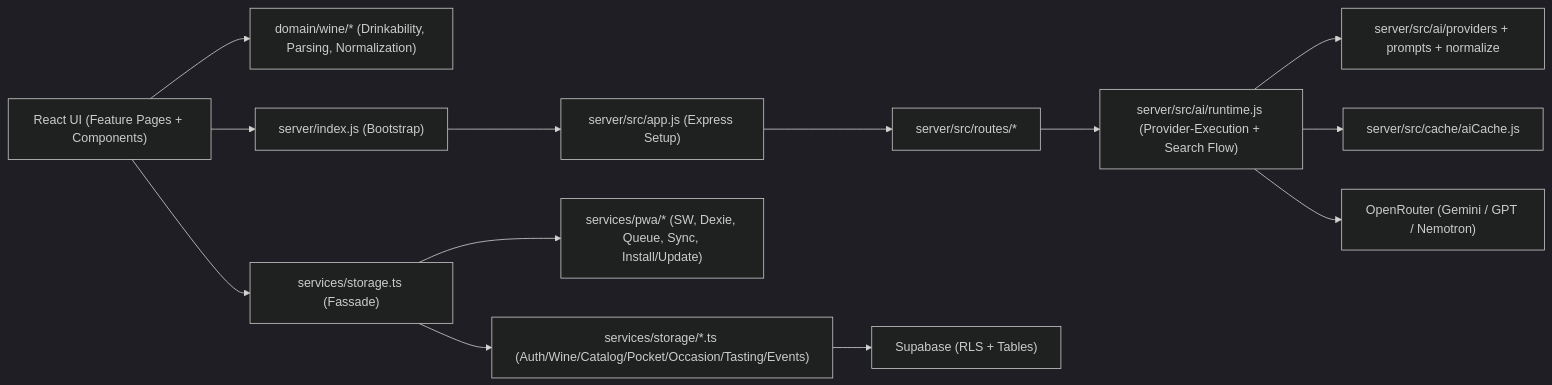
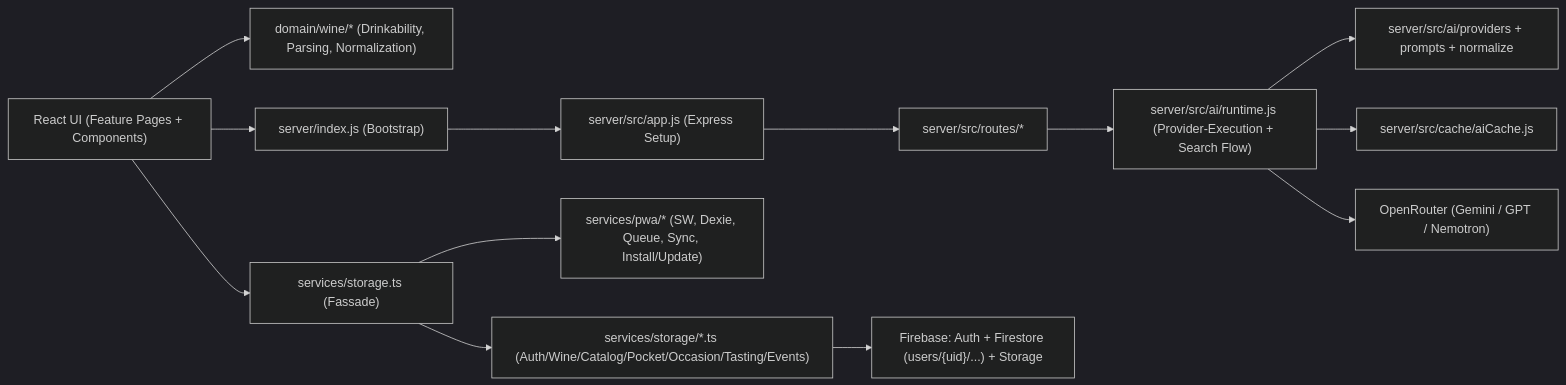
The diagram in docs/ARCHITECTURE_CURRENT.md (alexanderk-2000/Gran-Cru_App), drawn with Mermaid (dark theme) before and after one commit. The commit also changed other lines of this file and 98 other files, not shown here.

First line of the commit message:
Migrate backend from Supabase/Vercel to Firebase

````diff
--- a/docs/ARCHITECTURE_CURRENT.md
+++ b/docs/ARCHITECTURE_CURRENT.md
@@ -5,30 +5,30 @@
 ```mermaid
 flowchart LR
   UI["React UI (Feature Pages + Components)"]
   Domain["domain/wine/* (Drinkability, Parsing, Normalization)"]
   StorageFacade["services/storage.ts (Fassade)"]
   StorageRepos["services/storage/*.ts (Auth/Wine/Catalog/Pocket/Occasion/Tasting/Events)"]
   PwaLayer["services/pwa/* (SW, Dexie, Queue, Sync, Install/Update)"]
   ServerBootstrap["server/index.js (Bootstrap)"]
   ServerApp["server/src/app.js (Express Setup)"]
   AiRuntime["server/src/ai/runtime.js (Provider-Execution + Search Flow)"]
   AiModules["server/src/ai/providers + prompts + normalize"]
   ApiRoutes["server/src/routes/*"]
   Cache["server/src/cache/aiCache.js"]
-  DB["Supabase (RLS + Tables)"]
+  DB["Firebase: Auth + Firestore (users/{uid}/...) + Storage"]
   Providers["OpenRouter (Gemini / GPT / Nemotron)"]
 
   UI --> Domain
   UI --> StorageFacade
   StorageFacade --> StorageRepos
   StorageFacade --> PwaLayer
   StorageRepos --> DB
 
   UI --> ServerBootstrap
   ServerBootstrap --> ServerApp
   ServerApp --> ApiRoutes
   ApiRoutes --> AiRuntime
   AiRuntime --> AiModules
   AiRuntime --> Cache
   AiRuntime --> Providers
 ```
````
